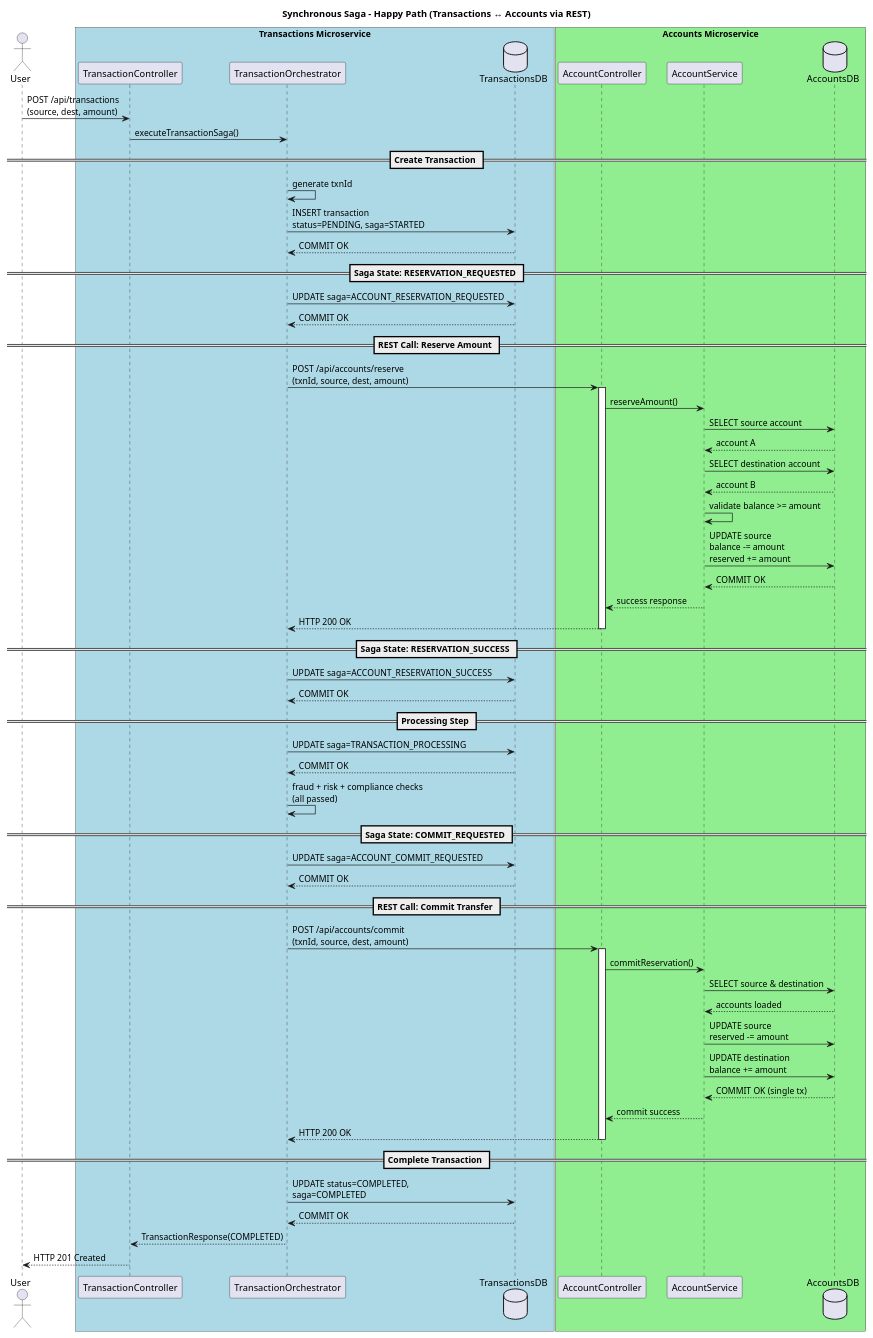
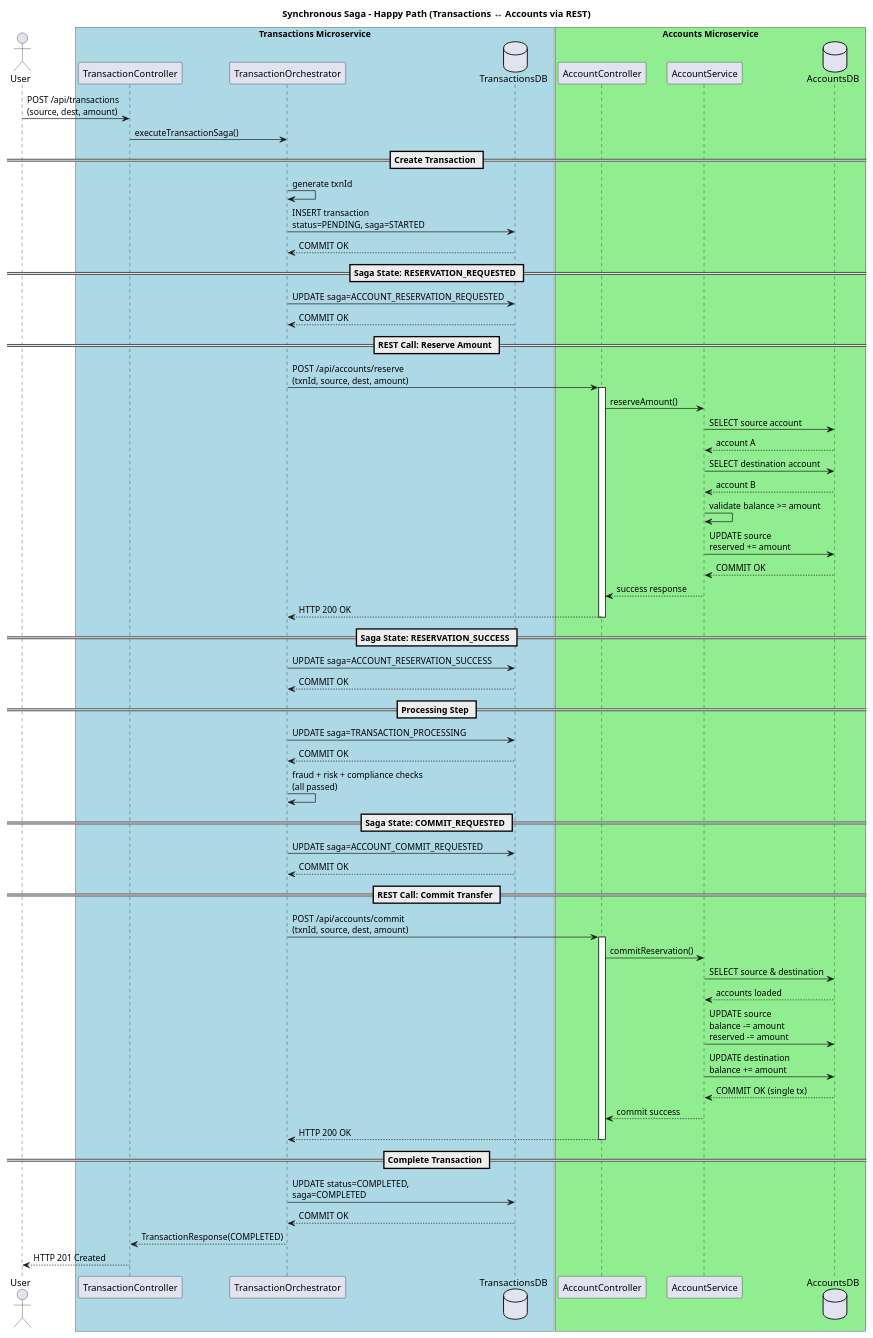
The diagram in docs/sync-flows/diagram-sync-happy.wsd (chinadupaya/resilient-flows-test), drawn with PlantUML before and after one commit. The commit also changed 14 other files, not shown here.

```diff
--- a/docs/sync-flows/diagram-sync-happy.wsd
+++ b/docs/sync-flows/diagram-sync-happy.wsd
@@ -1,97 +1,97 @@
 @startuml sync-happy
 title Synchronous Saga – Happy Path (Transactions ↔ Accounts via REST)
 
 actor User
 
 box "Transactions Microservice" #LightBlue
 participant TransactionController
 participant TransactionOrchestrator
 database TransactionsDB
 end box
 
 box "Accounts Microservice" #LightGreen
 participant AccountController
 participant AccountService
 database AccountsDB
 end box
 
 User -> TransactionController : POST /api/transactions\n(source, dest, amount)
 
 TransactionController -> TransactionOrchestrator : executeTransactionSaga()
 
 == Create Transaction ==
 
 TransactionOrchestrator -> TransactionOrchestrator : generate txnId
 TransactionOrchestrator -> TransactionsDB : INSERT transaction\nstatus=PENDING, saga=STARTED
 TransactionsDB --> TransactionOrchestrator : COMMIT OK
 
 == Saga State: RESERVATION_REQUESTED ==
 
 TransactionOrchestrator -> TransactionsDB : UPDATE saga=ACCOUNT_RESERVATION_REQUESTED
 TransactionsDB --> TransactionOrchestrator : COMMIT OK
 
 == REST Call: Reserve Amount ==
 
 TransactionOrchestrator -> AccountController : POST /api/accounts/reserve\n(txnId, source, dest, amount)
 activate AccountController
 
 AccountController -> AccountService : reserveAmount()
 
 AccountService -> AccountsDB : SELECT source account
 AccountsDB --> AccountService : account A
 AccountService -> AccountsDB : SELECT destination account
 AccountsDB --> AccountService : account B
 
 AccountService -> AccountService : validate balance >= amount
 
-AccountService -> AccountsDB : UPDATE source\nbalance -= amount\nreserved += amount
+AccountService -> AccountsDB : UPDATE source\nreserved += amount
 AccountsDB --> AccountService : COMMIT OK
 
 AccountService --> AccountController : success response
 AccountController --> TransactionOrchestrator : HTTP 200 OK
 deactivate AccountController
 
 == Saga State: RESERVATION_SUCCESS ==
 
 TransactionOrchestrator -> TransactionsDB : UPDATE saga=ACCOUNT_RESERVATION_SUCCESS
 TransactionsDB --> TransactionOrchestrator : COMMIT OK
 
 == Processing Step ==
 
 TransactionOrchestrator -> TransactionsDB : UPDATE saga=TRANSACTION_PROCESSING
 TransactionsDB --> TransactionOrchestrator : COMMIT OK
 
 TransactionOrchestrator -> TransactionOrchestrator : fraud + risk + compliance checks\n(all passed)
 
 == Saga State: COMMIT_REQUESTED ==
 
 TransactionOrchestrator -> TransactionsDB : UPDATE saga=ACCOUNT_COMMIT_REQUESTED
 TransactionsDB --> TransactionOrchestrator : COMMIT OK
 
 == REST Call: Commit Transfer ==
 
 TransactionOrchestrator -> AccountController : POST /api/accounts/commit\n(txnId, source, dest, amount)
 activate AccountController
 
 AccountController -> AccountService : commitReservation()
 
 AccountService -> AccountsDB : SELECT source & destination
 AccountsDB --> AccountService : accounts loaded
 
-AccountService -> AccountsDB : UPDATE source\nreserved -= amount
+AccountService -> AccountsDB : UPDATE source\nbalance -= amount\nreserved -= amount
 AccountService -> AccountsDB : UPDATE destination\nbalance += amount
 AccountsDB --> AccountService : COMMIT OK (single tx)
 
 AccountService --> AccountController : commit success
 AccountController --> TransactionOrchestrator : HTTP 200 OK
 deactivate AccountController
 
 == Complete Transaction ==
 
 TransactionOrchestrator -> TransactionsDB : UPDATE status=COMPLETED,\nsaga=COMPLETED
 TransactionsDB --> TransactionOrchestrator : COMMIT OK
 
 TransactionOrchestrator --> TransactionController : TransactionResponse(COMPLETED)
 TransactionController --> User : HTTP 201 Created
 
 @enduml
```
